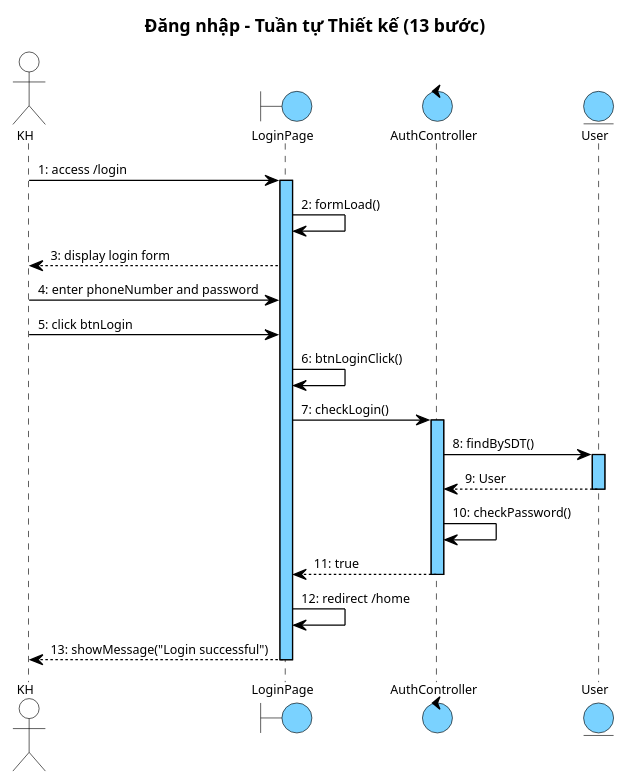
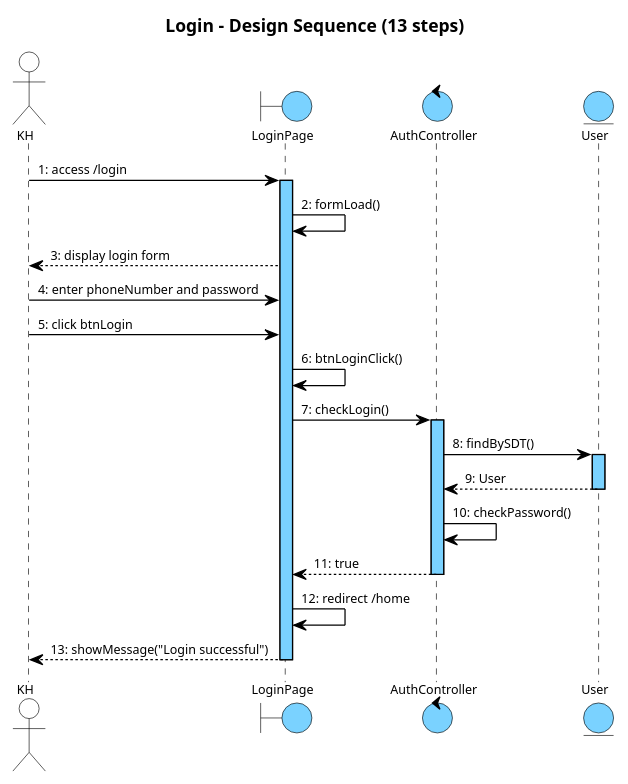
One commit to thanhtrnnn/cnpm changed the fourth of 8 diagrams in docs/tabs/account/iii-design.md. Above: the diagram before and after it, drawn with PlantUML. The commit also changed other lines of this file and 13 other files, not shown here.

First line of the commit message:
fix: English-only sequence diagrams + independent abstractNum per numbered list

````diff
--- a/docs/tabs/account/iii-design.md
+++ b/docs/tabs/account/iii-design.md
@@ -577,79 +577,79 @@
 ```plantuml
 @startuml
 skinparam shadowing false
 skinparam SequenceMessageAlign left
 
 skinparam SequenceLifeLineBackgroundColor #7AD2FF
 skinparam SequenceLifeLineBorderColor #000000
 
 <style>
 sequenceDiagram {
   Shadowing 0
   RoundCorner 0
   FontName "Arial"
   FontSize 10
   FontColor #000000
 
   participant {
     BackgroundColor #7AD2FF
     LineColor #000000
     LineThickness 1
   }
 
   actor {
     BackgroundColor transparent
     LineColor #000000
   }
   boundary {
     BackgroundColor #7AD2FF
     LineColor #000000
   }
   control {
     BackgroundColor #7AD2FF
     LineColor #000000
   }
   entity {
     BackgroundColor #7AD2FF
     LineColor #000000
   }
 
   lifeline {
     LineColor #000000
     LineStyle 5-5
   }
 
   arrow {
     LineColor #000000
     LineThickness 1
     FontSize 10
   }
 }
 </style>
-title Đăng nhập – Tuần tự Thiết kế (13 bước)
+title Login – Design Sequence (13 steps)
 
 actor "KH" as KH
 boundary LoginPage as B1
 control AuthController as C1
 entity User as E1
 
 KH -> B1 : 1: access /login
 activate B1
 B1 -> B1 : 2: formLoad()
 B1 --> KH : 3: display login form
 KH -> B1 : 4: enter phoneNumber and password
 KH -> B1 : 5: click btnLogin
 B1 -> B1 : 6: btnLoginClick()
 B1 -> C1 : 7: checkLogin()
 activate C1
 C1 -> E1 : 8: findBySDT()
 activate E1
 E1 --> C1 : 9: User
 deactivate E1
 C1 -> C1 : 10: checkPassword()
 C1 --> B1 : 11: true
 deactivate C1
 B1 -> B1 : 12: redirect /home
 B1 --> KH : 13: showMessage("Login successful")
 deactivate B1
 @enduml
 ```
````
